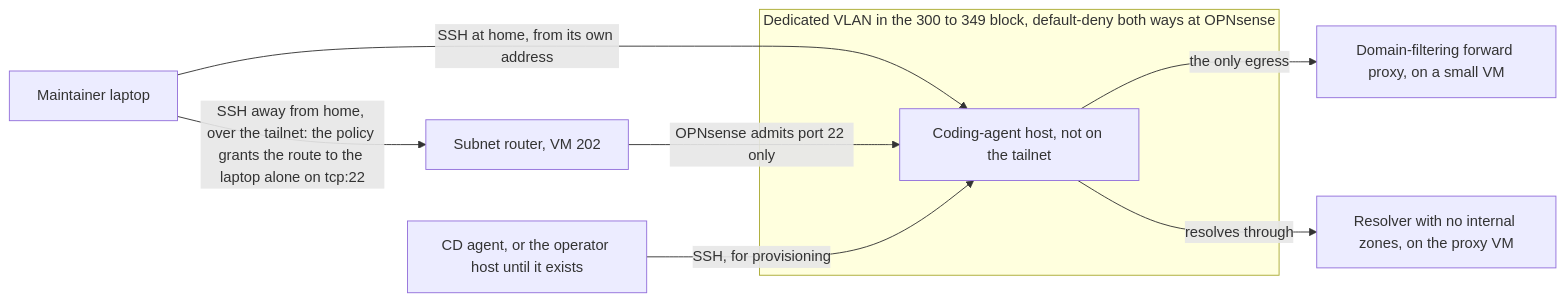
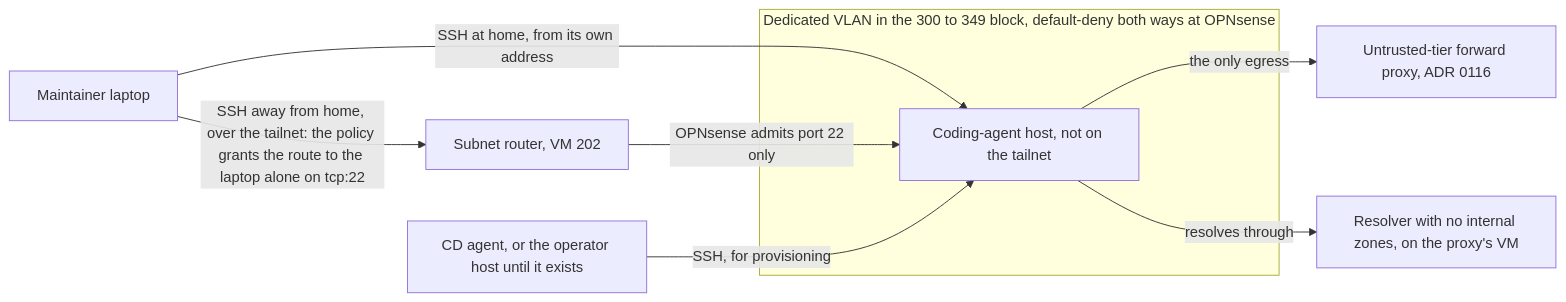
Before and after one commit to wenenhoe/homelab: the diagram in docs/decisions/0053-network-reach-of-the-coding-agent-host/revision-000.md, drawn with Mermaid. The commit also changed other lines of this file and 4 other files, not shown here.

````diff
--- a/docs/decisions/0053-network-reach-of-the-coding-agent-host/revision-000.md
+++ b/docs/decisions/0053-network-reach-of-the-coding-agent-host/revision-000.md
@@ -42,12 +45,12 @@
 ```mermaid
 flowchart LR
     LAP[Maintainer laptop] -->|"SSH at home, from its own address"| H
     LAP -->|"SSH away from home, over the tailnet: the policy grants the route to the laptop alone on tcp:22"| SR["Subnet router, VM 202"]
     SR -->|"OPNsense admits port 22 only"| H
     CD["CD agent, or the operator host until it exists"] -->|"SSH, for provisioning"| H
     subgraph Z["Dedicated VLAN in the 300 to 349 block, default-deny both ways at OPNsense"]
         H["Coding-agent host, not on the tailnet"]
     end
-    H -->|"the only egress"| PX["Domain-filtering forward proxy, on a small VM"]
-    H -->|"resolves through"| DNS["Resolver with no internal zones, on the proxy VM"]
+    H -->|"the only egress"| PX["Untrusted-tier forward proxy, ADR 0116"]
+    H -->|"resolves through"| DNS["Resolver with no internal zones, on the proxy's VM"]
 ```
````
